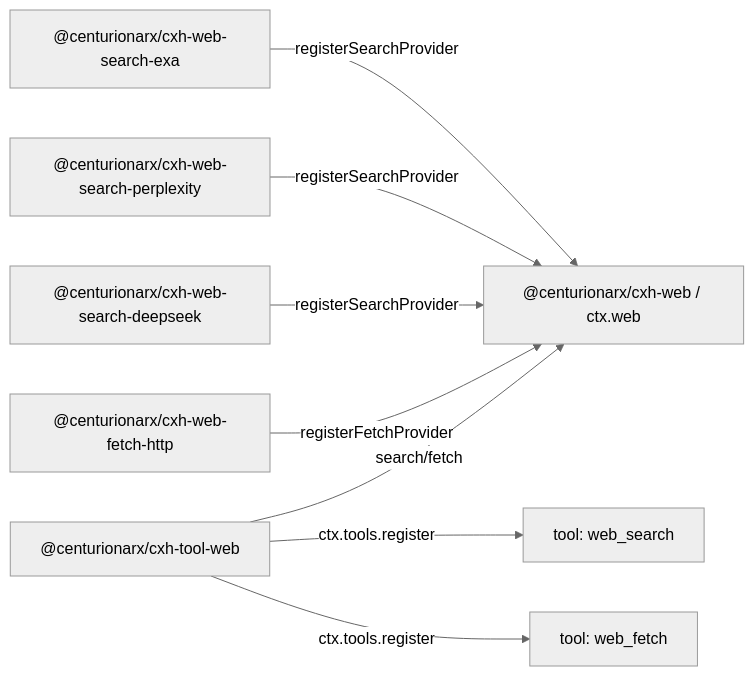
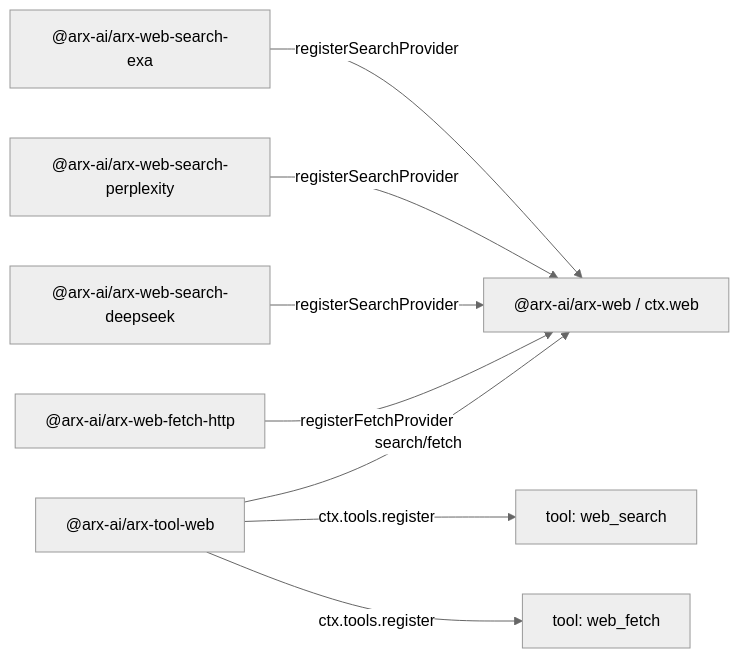
Before and after one commit to centurionarx/arx-harness: the diagram in .agents/notes/implemented/architecture/2026-06-24-web-capability-seam.md, drawn with Mermaid (neutral theme). The commit also changed other lines of this file and 5472 other files, not shown here.

````diff
--- a/.agents/notes/implemented/architecture/2026-06-24-web-capability-seam.md
+++ b/.agents/notes/implemented/architecture/2026-06-24-web-capability-seam.md
@@ -58,10 +58,10 @@
 ```mermaid
 flowchart LR
-  exa["@centurionarx/cxh-web-search-exa"] -->|registerSearchProvider| web["@centurionarx/cxh-web / ctx.web"]
-  perplexity["@centurionarx/cxh-web-search-perplexity"] -->|registerSearchProvider| web
-  deepseek["@centurionarx/cxh-web-search-deepseek"] -->|registerSearchProvider| web
-  fetchLocal["@centurionarx/cxh-web-fetch-http"] -->|registerFetchProvider| web
-  toolWeb["@centurionarx/cxh-tool-web"] -->|search/fetch| web
+  exa["@arx-ai/arx-web-search-exa"] -->|registerSearchProvider| web["@arx-ai/arx-web / ctx.web"]
+  perplexity["@arx-ai/arx-web-search-perplexity"] -->|registerSearchProvider| web
+  deepseek["@arx-ai/arx-web-search-deepseek"] -->|registerSearchProvider| web
+  fetchLocal["@arx-ai/arx-web-fetch-http"] -->|registerFetchProvider| web
+  toolWeb["@arx-ai/arx-tool-web"] -->|search/fetch| web
   toolWeb -->|ctx.tools.register| webSearch["tool: web_search"]
   toolWeb -->|ctx.tools.register| webFetch["tool: web_fetch"]
 ```
````
